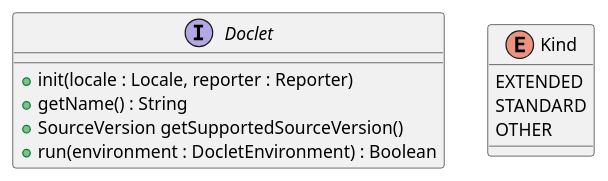
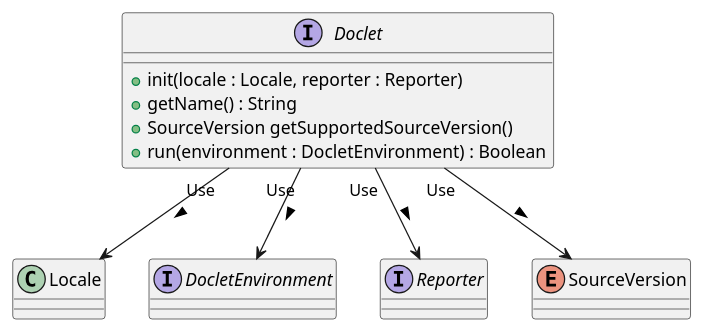
One commit to Tommot67/PumlFromJava changed the diagram in uml/Docket_DCC.puml. Above: the diagram before and after it, drawn with PlantUML. The commit also changed 4 other files, not shown here.

```diff
--- a/uml/Docket_DCC.puml
+++ b/uml/Docket_DCC.puml
@@ -1,17 +1,28 @@
 @startuml
 'https://plantuml.com/class-diagram
 
 interface Doclet {
     + init(locale : Locale, reporter : Reporter)
     + getName() : String
     + SourceVersion getSupportedSourceVersion()
     + run(environment : DocletEnvironment) : Boolean
 }
 
-enum Kind {
-    EXTENDED
-    STANDARD
-    OTHER
+class Locale {
 }
 
+interface DocletEnvironment {
+}
+
+interface Reporter {
+}
+
+enum SourceVersion {
+}
+
+Doclet --> Locale : "Use">
+Doclet --> DocletEnvironment : "Use">
+Doclet --> Reporter : "Use">
+Doclet --> SourceVersion : "Use">
+
 @enduml
```
